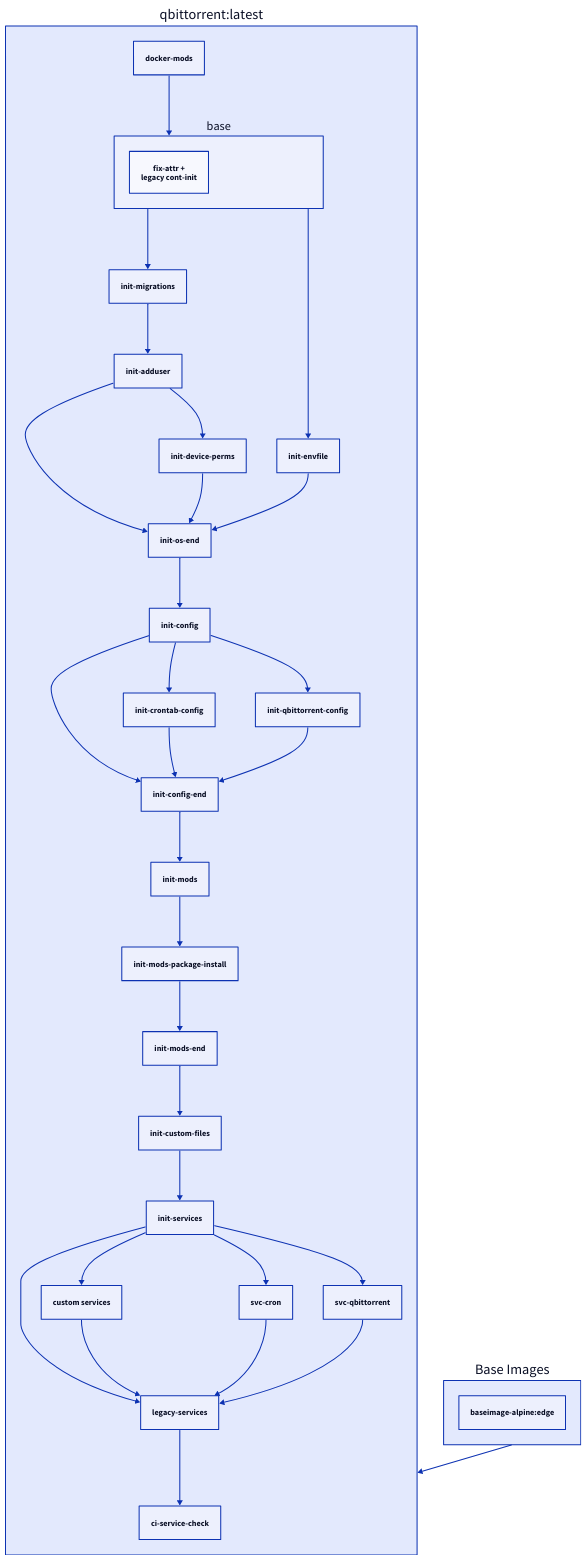
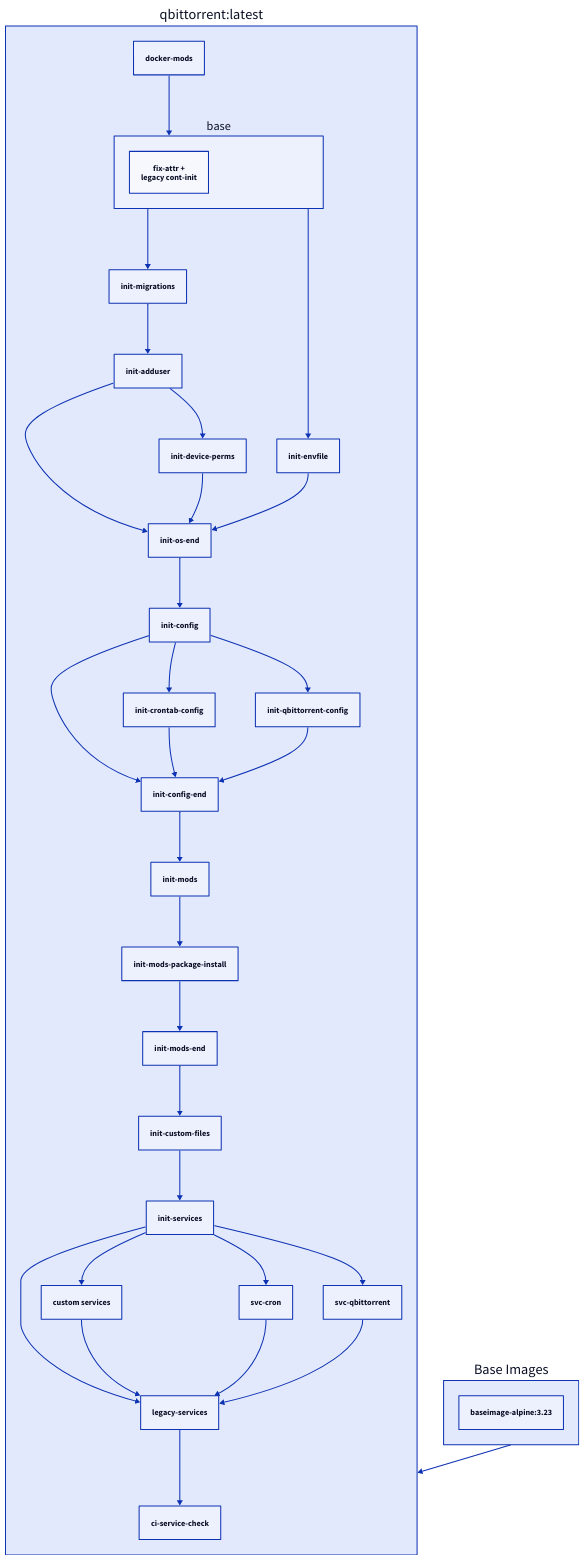
The diagram in docs/images/docker-qbittorrent.md (linuxserver/docker-documentation), drawn with D2 before and after one commit. The commit also changed other lines of this file, not shown here.

````diff
--- a/docs/images/docker-qbittorrent.md
+++ b/docs/images/docker-qbittorrent.md
@@ -328,41 +328,41 @@
     ```d2
     "qbittorrent:latest": {
       docker-mods
       base {
         fix-attr +\nlegacy cont-init
       }
       docker-mods -> base
       legacy-services
       custom services
       init-services -> legacy-services
       init-services -> custom services
       custom services -> legacy-services
       legacy-services -> ci-service-check
       init-migrations -> init-adduser
       init-os-end -> init-config
       init-config -> init-config-end
       init-crontab-config -> init-config-end
       init-qbittorrent-config -> init-config-end
       init-config -> init-crontab-config
       init-mods-end -> init-custom-files
       init-adduser -> init-device-perms
       base -> init-envfile
       base -> init-migrations
       init-config-end -> init-mods
       init-mods-package-install -> init-mods-end
       init-mods -> init-mods-package-install
       init-adduser -> init-os-end
       init-device-perms -> init-os-end
       init-envfile -> init-os-end
       init-config -> init-qbittorrent-config
       init-custom-files -> init-services
       init-services -> svc-cron
       svc-cron -> legacy-services
       init-services -> svc-qbittorrent
       svc-qbittorrent -> legacy-services
     }
     Base Images: {
-      "baseimage-alpine:edge"
+      "baseimage-alpine:3.23"
     }
     "qbittorrent:latest" <- Base Images
     ```
````
